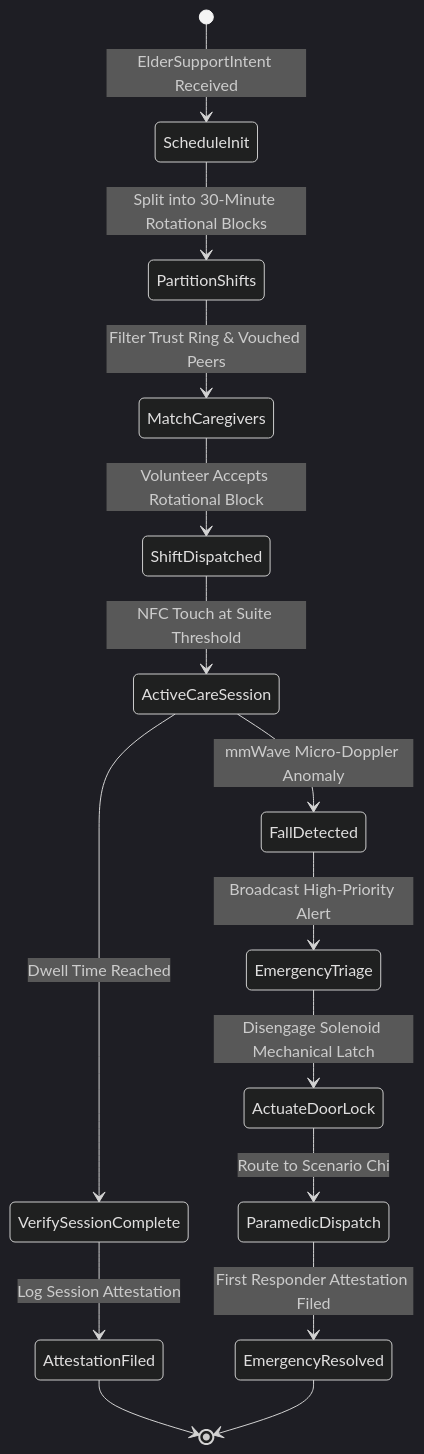
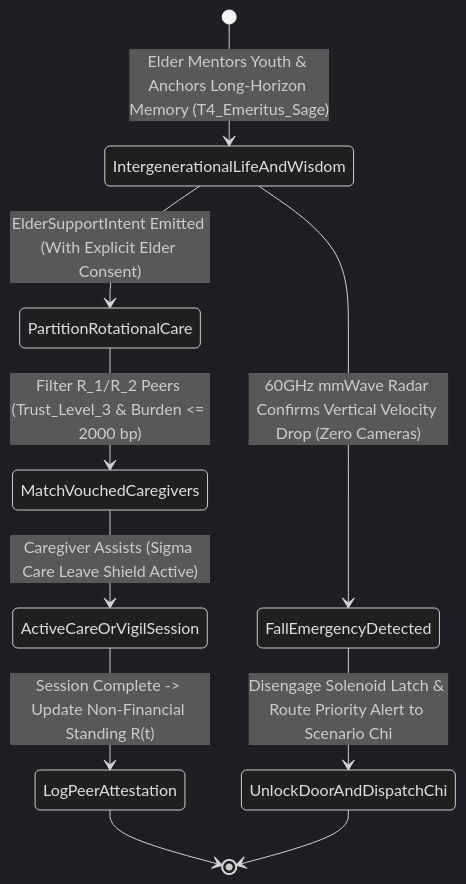
The third of 3 diagrams in docs/scenarios/phi_elder.md (raffaine/collective), drawn with Mermaid (dark theme) before and after one commit. The commit also changed other lines of this file and 33 other files, not shown here.

Commit message:
feat(v3.1): Scenario Zero self-hosting daemons, dual-fidelity blueprints, and clean-slate scenario infrastructure

````diff
--- a/docs/scenarios/phi_elder.md
+++ b/docs/scenarios/phi_elder.md
@@ -86,19 +120,13 @@
 ```mermaid
 stateDiagram-v2
-    [*] --> ScheduleInit: ElderSupportIntent Received
-    ScheduleInit --> PartitionShifts: Split into 30-Minute Rotational Blocks
-    PartitionShifts --> MatchCaregivers: Filter Trust Ring & Vouched Peers
-    MatchCaregivers --> ShiftDispatched: Volunteer Accepts Rotational Block
-    ShiftDispatched --> ActiveCareSession: NFC Touch at Suite Threshold
-    ActiveCareSession --> VerifySessionComplete: Dwell Time Reached
-    VerifySessionComplete --> AttestationFiled: Log Session Attestation
-    AttestationFiled --> [*]
+    [*] --> IntergenerationalLifeAndWisdom: Elder Mentors Youth & Anchors Long-Horizon Memory (T4_Emeritus_Sage)
+    IntergenerationalLifeAndWisdom --> PartitionRotationalCare: ElderSupportIntent Emitted (With Explicit Elder Consent)
+    PartitionRotationalCare --> MatchVouchedCaregivers: Filter R_1/R_2 Peers (Trust_Level_3 & Burden <= 2000 bp)
+    MatchVouchedCaregivers --> ActiveCareOrVigilSession: Caregiver Assists (Sigma Care Leave Shield Active)
+    ActiveCareOrVigilSession --> LogPeerAttestation: Session Complete -> Update Non-Financial Standing R(t)
+    LogPeerAttestation --> [*]
 
-    %% Emergency Branch
-    ActiveCareSession --> FallDetected: mmWave Micro-Doppler Anomaly
-    FallDetected --> EmergencyTriage: Broadcast High-Priority Alert
-    EmergencyTriage --> ActuateDoorLock: Disengage Solenoid Mechanical Latch
-    ActuateDoorLock --> ParamedicDispatch: Route to Scenario Chi
-    ParamedicDispatch --> EmergencyResolved: First Responder Attestation Filed
-    EmergencyResolved --> [*]
+    IntergenerationalLifeAndWisdom --> FallEmergencyDetected: 60GHz mmWave Radar Confirms Vertical Velocity Drop (Zero Cameras)
+    FallEmergencyDetected --> UnlockDoorAndDispatchChi: Disengage Solenoid Latch & Route Priority Alert to Scenario Chi
+    UnlockDoorAndDispatchChi --> [*]
 ```
````
